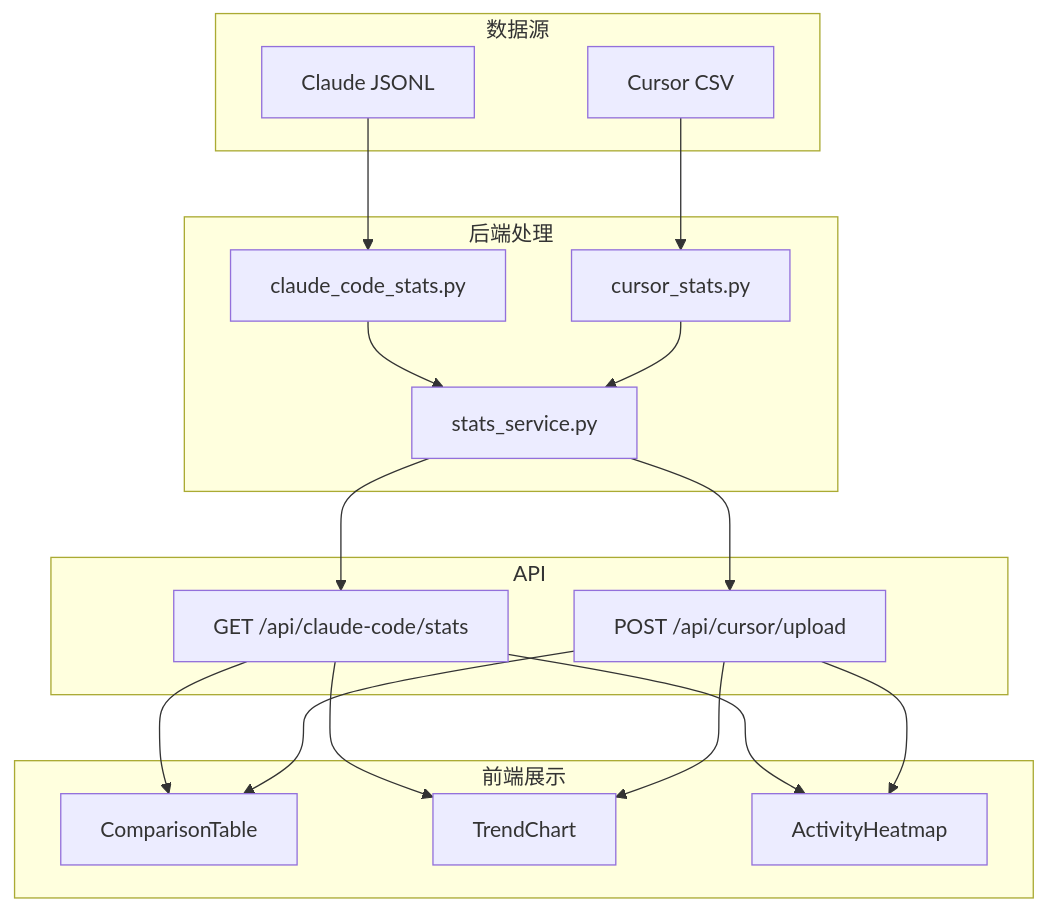
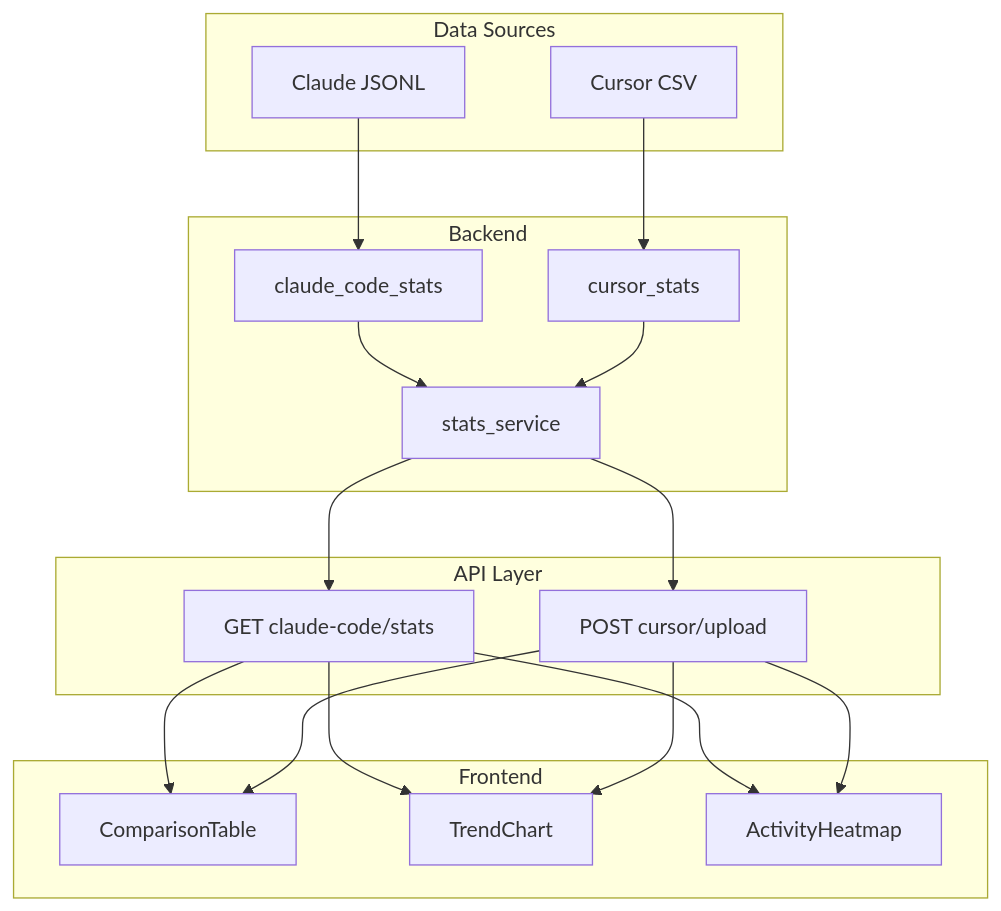
The diagram in docs/data-sources.md (Momoyeyu/token-usage), drawn with Mermaid before and after one commit. The commit also changed 1 other file, not shown here.

````diff
--- a/docs/data-sources.md
+++ b/docs/data-sources.md
@@ -246,40 +246,37 @@
 ```mermaid
 flowchart TB
-    subgraph DS [数据源]
+    subgraph DS [Data Sources]
         CC_RAW[Claude JSONL]
         CU_RAW[Cursor CSV]
     end
 
-    subgraph BE [后端处理]
-        CC_SCRIPT[claude_code_stats.py]
-        CU_SCRIPT[cursor_stats.py]
-        SERVICE[stats_service.py]
+    subgraph BE [Backend]
+        CC_SCRIPT[claude_code_stats]
+        CU_SCRIPT[cursor_stats]
+        SERVICE[stats_service]
     end
 
-    subgraph API [API]
-        CC_API[GET /api/claude-code/stats]
-        CU_API[POST /api/cursor/upload]
+    subgraph API [API Layer]
+        CC_API[GET claude-code/stats]
+        CU_API[POST cursor/upload]
     end
 
-    subgraph FE [前端展示]
+    subgraph FE [Frontend]
         TABLE[ComparisonTable]
         TREND[TrendChart]
         HEAT[ActivityHeatmap]
     end
 
     CC_RAW --> CC_SCRIPT
     CU_RAW --> CU_SCRIPT
-
     CC_SCRIPT --> SERVICE
     CU_SCRIPT --> SERVICE
-
     SERVICE --> CC_API
     SERVICE --> CU_API
-
     CC_API --> TABLE
     CU_API --> TABLE
     CC_API --> TREND
     CU_API --> TREND
     CC_API --> HEAT
     CU_API --> HEAT
 ```
````
